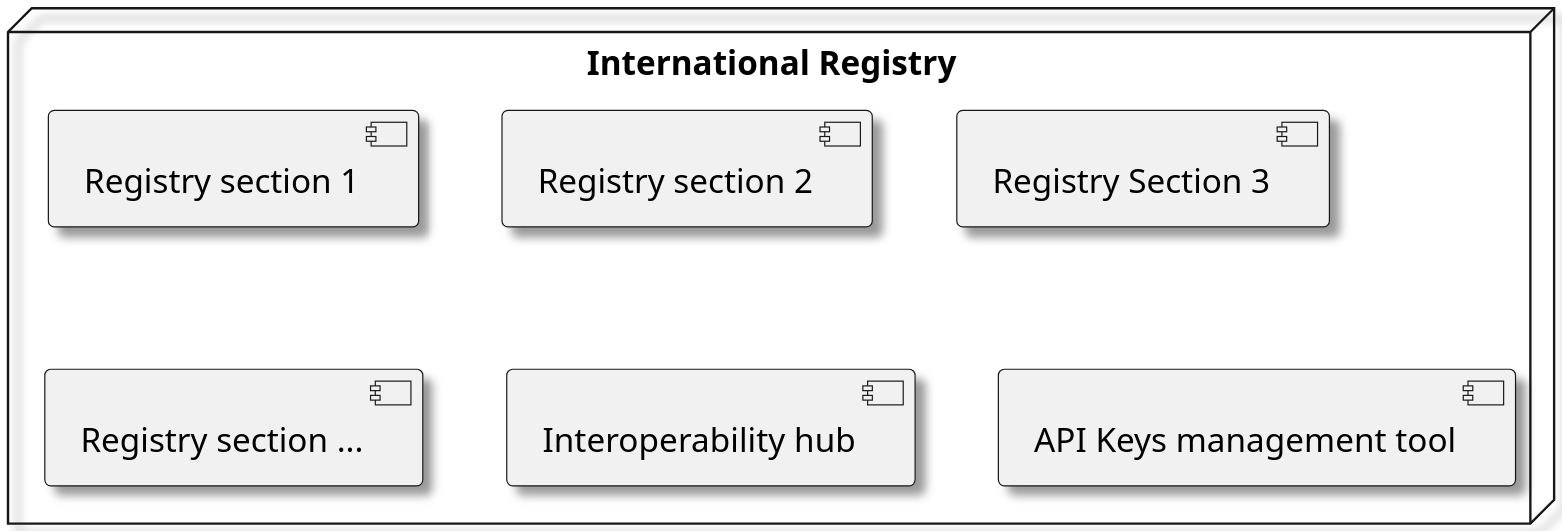
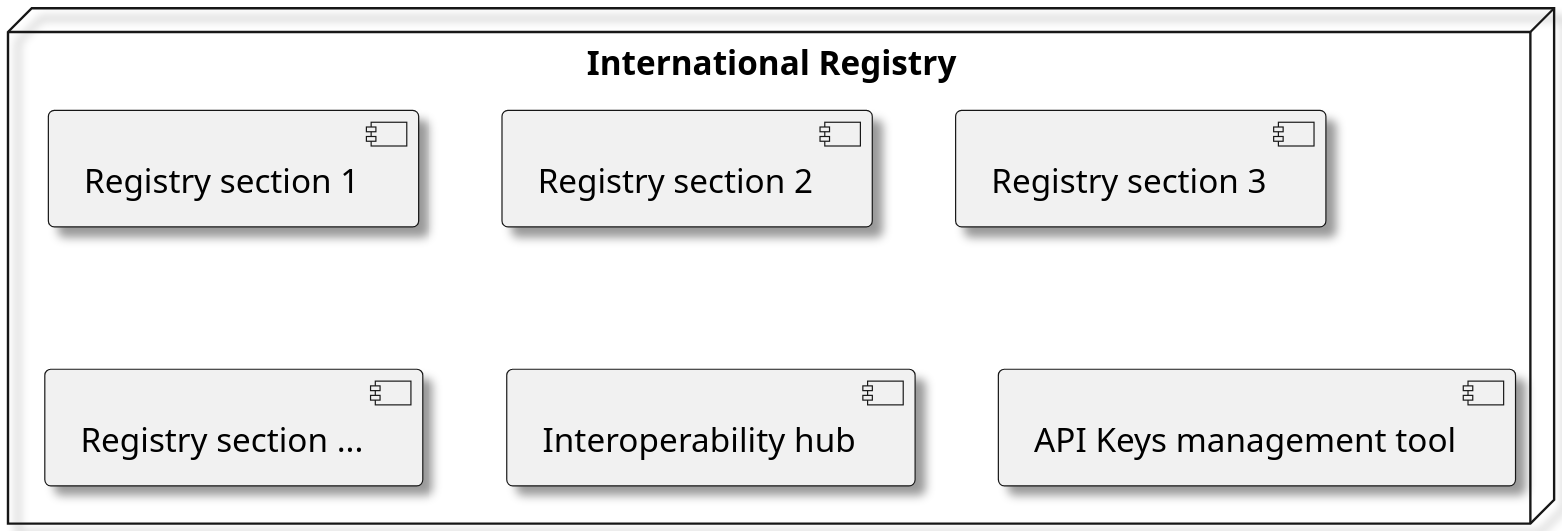
Before and after one commit to frankcnng/CARP: the diagram in diagrams/securitycomponents.puml, drawn with PlantUML.

```diff
--- a/diagrams/securitycomponents.puml
+++ b/diagrams/securitycomponents.puml
@@ -1,20 +1,20 @@
 @startuml security components
 
 skinparam dpi 300
 skinparam monochrome true
 skinparam shadowing true
 skinparam defaultTextAlignment center
 
 node "International Registry" {
 component "Registry section 1" as rs2
 component "Registry section 2" as rs1
-component "Registry Section 3" as rs3
+component "Registry section 3" as rs3
 component "Registry section ..." as rsn
 
 component "Interoperability hub" as h
 
 component "API Keys management tool" as ak
 
 }
 
 @enduml
```
